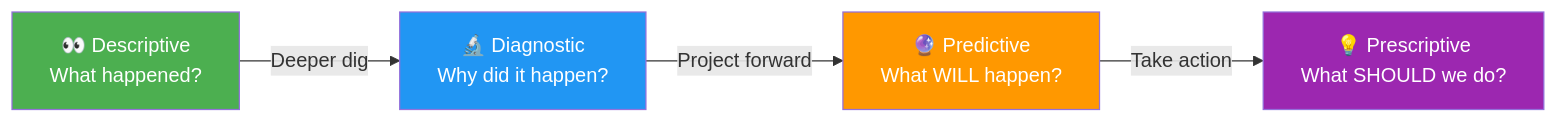
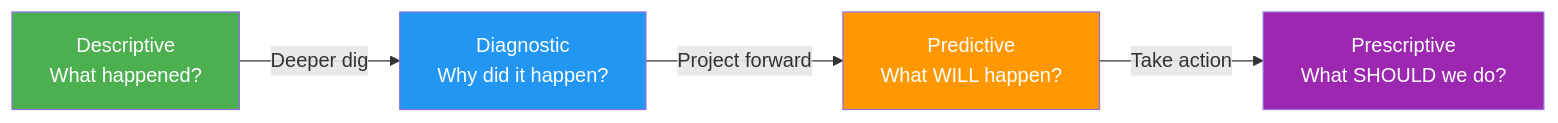
The fifth of 9 diagrams in UNITS/UNIT 1/unit-1-english-fun.md (NK2552003/Big-Data-Survival-Guide), drawn with Mermaid before and after one commit. The commit also changed other lines of this file and 78 other files, not shown here.

````diff
--- a/UNITS/UNIT 1/unit-1-english-fun.md
+++ b/UNITS/UNIT 1/unit-1-english-fun.md
@@ -537,16 +537,16 @@
 ```mermaid
 flowchart LR
-    A["👀 Descriptive\nWhat happened?"]
-    B["🔬 Diagnostic\nWhy did it happen?"]
-    C["🔮 Predictive\nWhat WILL happen?"]
-    D["💡 Prescriptive\nWhat SHOULD we do?"]
-    
-    A -->|"Deeper dig"| B
-    B -->|"Project forward"| C
-    C -->|"Take action"| D
-    
-    style A fill:#4CAF50,color:#fff
-    style B fill:#2196F3,color:#fff
-    style C fill:#FF9800,color:#fff
-    style D fill:#9C27B0,color:#fff
+ A[" Descriptive\nWhat happened?"]
+ B[" Diagnostic\nWhy did it happen?"]
+ C[" Predictive\nWhat WILL happen?"]
+ D[" Prescriptive\nWhat SHOULD we do?"]
+
+ A -->|"Deeper dig"| B
+ B -->|"Project forward"| C
+ C -->|"Take action"| D
+
+ style A fill:#4CAF50,color:#fff
+ style B fill:#2196F3,color:#fff
+ style C fill:#FF9800,color:#fff
+ style D fill:#9C27B0,color:#fff
 ```
````
